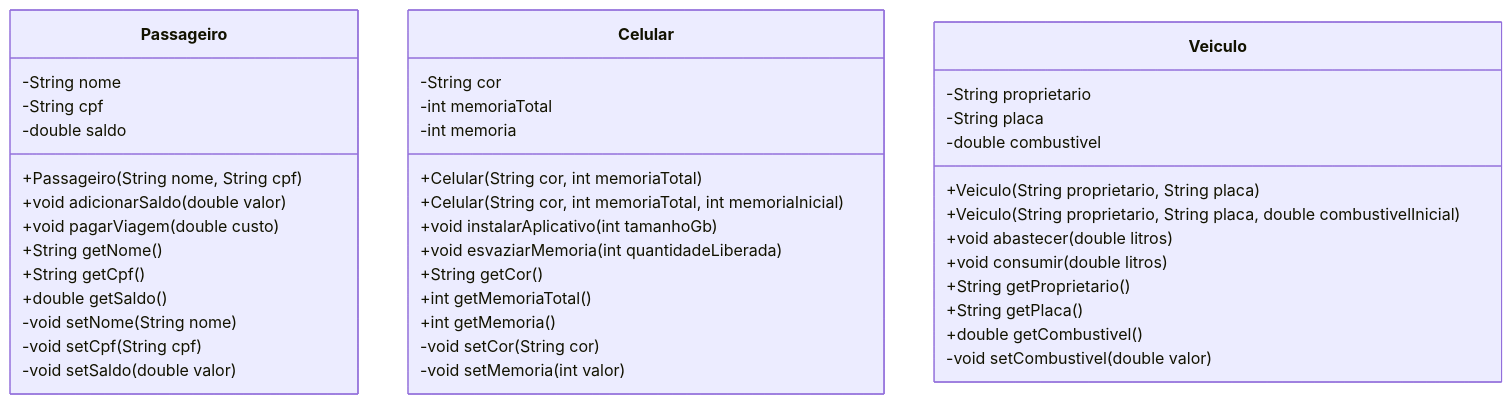
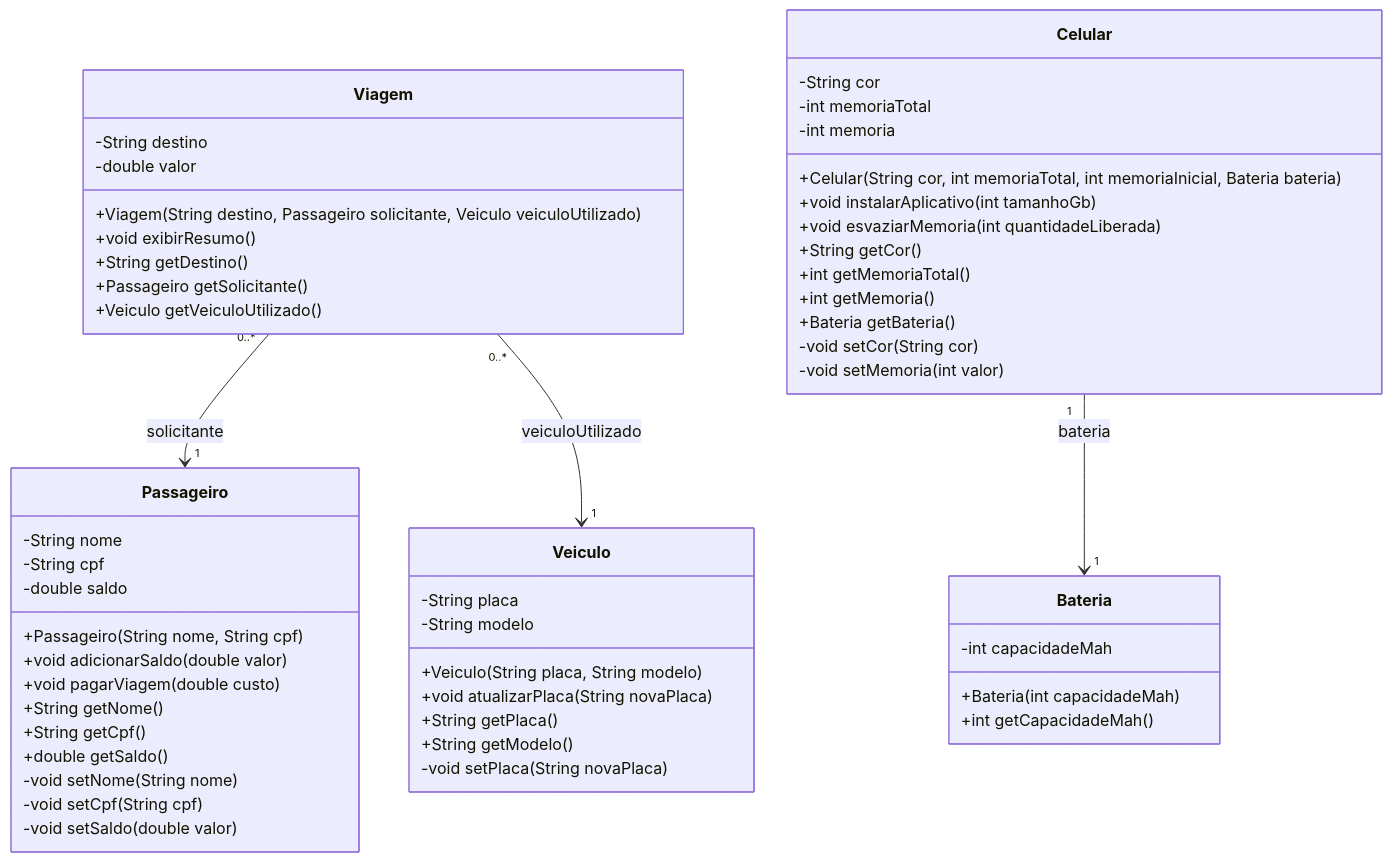
The diagram in docs/uml.md (Pedro-Ivson/fiap-poo), drawn with Mermaid before and after one commit. The commit also changed other lines of this file and 10 other files, not shown here.

Commit message:
feat: implementa associacao entre Viagem, Passageiro e Veiculo

````diff
--- a/docs/uml.md
+++ b/docs/uml.md
@@ -3,46 +8,62 @@
 ```mermaid
 classDiagram
     class Passageiro {
         -String nome
         -String cpf
         -double saldo
         +Passageiro(String nome, String cpf)
         +void adicionarSaldo(double valor)
         +void pagarViagem(double custo)
         +String getNome()
         +String getCpf()
         +double getSaldo()
         -void setNome(String nome)
         -void setCpf(String cpf)
         -void setSaldo(double valor)
     }
 
+    class Viagem {
+        -String destino
+        -double valor
+        +Viagem(String destino, Passageiro solicitante, Veiculo veiculoUtilizado)
+        +void exibirResumo()
+        +String getDestino()
+        +Passageiro getSolicitante()
+        +Veiculo getVeiculoUtilizado()
+    }
+
+    class Veiculo {
+        -String placa
+        -String modelo
+        +Veiculo(String placa, String modelo)
+        +void atualizarPlaca(String novaPlaca)
+        +String getPlaca()
+        +String getModelo()
+        -void setPlaca(String novaPlaca)
+    }
+
     class Celular {
         -String cor
         -int memoriaTotal
         -int memoria
-        +Celular(String cor, int memoriaTotal)
-        +Celular(String cor, int memoriaTotal, int memoriaInicial)
+        +Celular(String cor, int memoriaTotal, int memoriaInicial, Bateria bateria)
         +void instalarAplicativo(int tamanhoGb)
         +void esvaziarMemoria(int quantidadeLiberada)
         +String getCor()
         +int getMemoriaTotal()
         +int getMemoria()
+        +Bateria getBateria()
         -void setCor(String cor)
         -void setMemoria(int valor)
     }
 
-    class Veiculo {
-        -String proprietario
-        -String placa
-        -double combustivel
-        +Veiculo(String proprietario, String placa)
-        +Veiculo(String proprietario, String placa, double combustivelInicial)
-        +void abastecer(double litros)
-        +void consumir(double litros)
-        +String getProprietario()
-        +String getPlaca()
-        +double getCombustivel()
-        -void setCombustivel(double valor)
+    class Bateria {
+        -int capacidadeMah
+        +Bateria(int capacidadeMah)
+        +int getCapacidadeMah()
     }
+
+    Viagem "0..*" --> "1" Passageiro : solicitante
+    Viagem "0..*" --> "1" Veiculo : veiculoUtilizado
+    Celular "1" --> "1" Bateria : bateria
 ```
````
